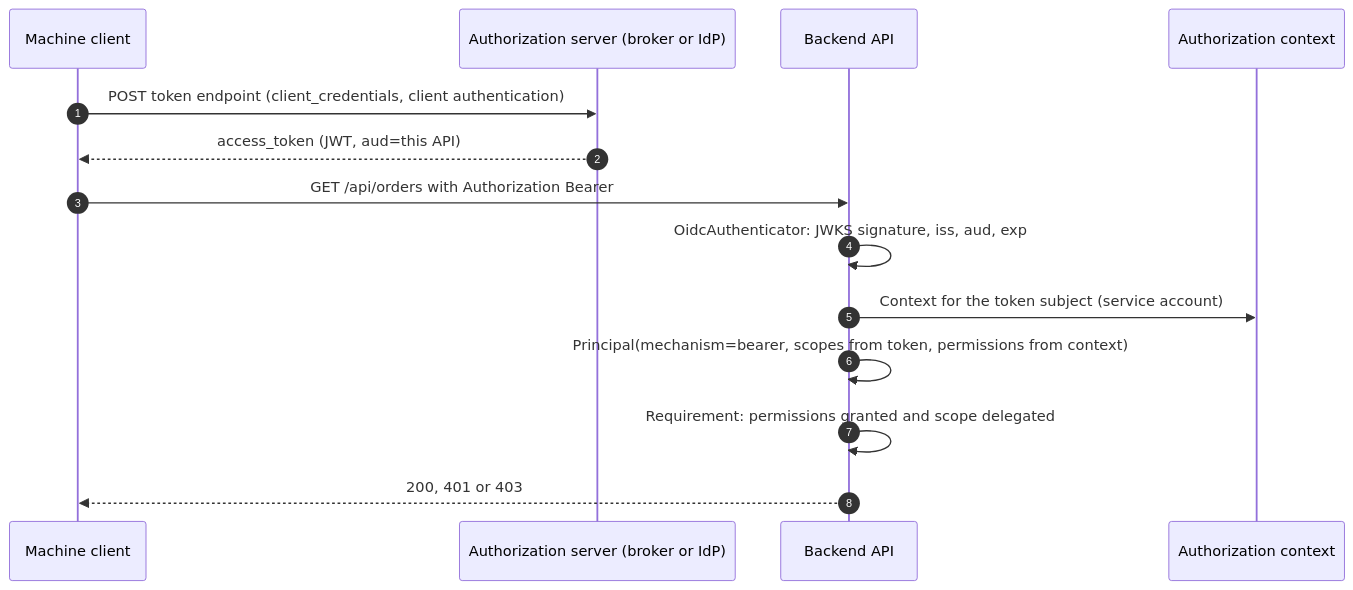
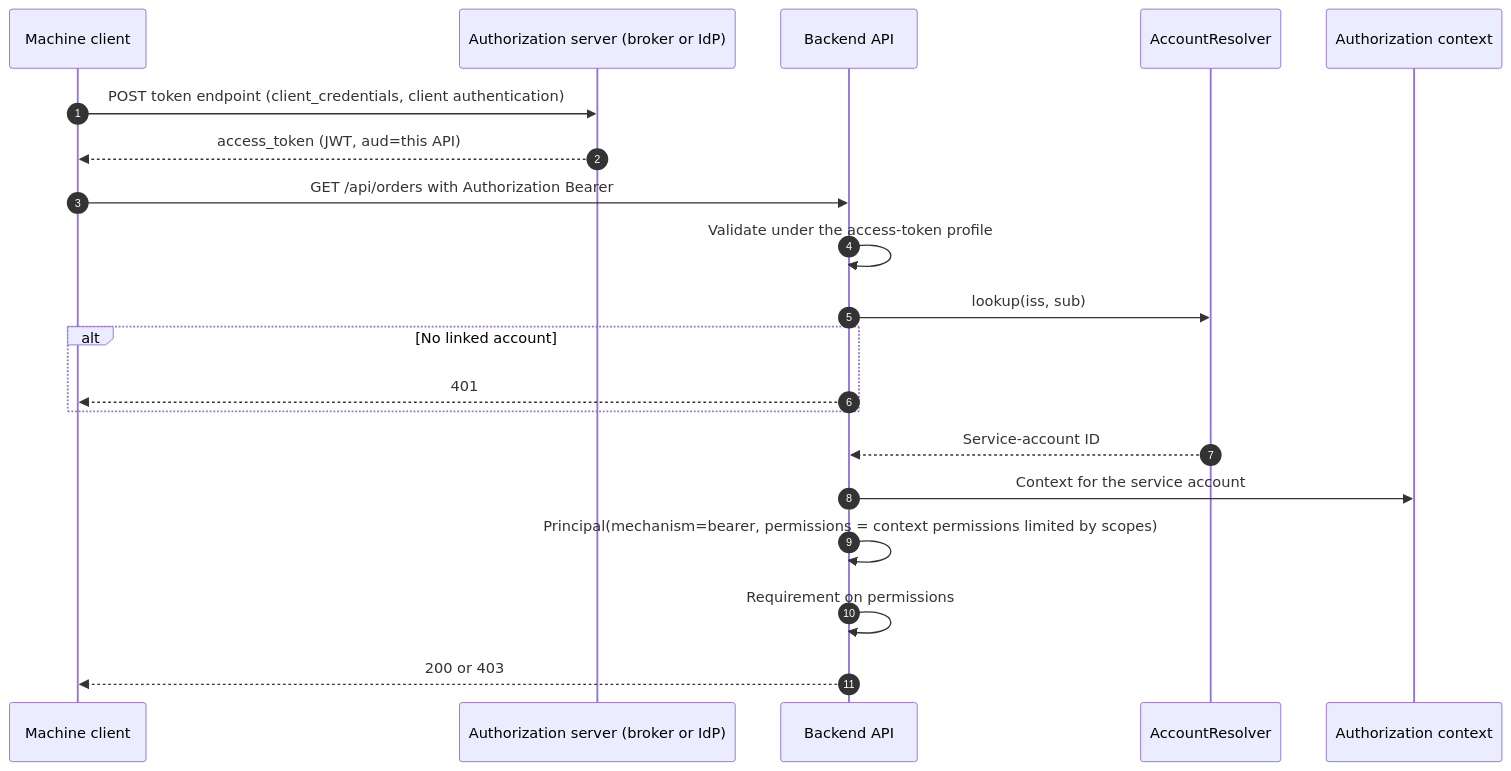
Before and after one commit to rn-forge/pykit: the tenth of 12 diagrams in docs/specs/epics/E13-auth/design.md, drawn with Mermaid. The commit also changed other lines of this file and 9 other files, not shown here.

````diff
--- a/docs/specs/epics/E13-auth/design.md
+++ b/docs/specs/epics/E13-auth/design.md
@@ -602,16 +683,22 @@
 ```mermaid
 sequenceDiagram
   autonumber
   participant M as Machine client
   participant AS as Authorization server (broker or IdP)
   participant API as Backend API
+  participant AR as AccountResolver
   participant AZ as Authorization context
   M->>AS: POST token endpoint (client_credentials, client authentication)
   AS-->>M: access_token (JWT, aud=this API)
   M->>API: GET /api/orders with Authorization Bearer
-  API->>API: OidcAuthenticator: JWKS signature, iss, aud, exp
-  API->>AZ: Context for the token subject (service account)
-  API->>API: Principal(mechanism=bearer, scopes from token, permissions from context)
-  API->>API: Requirement: permissions granted and scope delegated
-  API-->>M: 200, 401 or 403
+  API->>API: Validate under the access-token profile
+  API->>AR: lookup(iss, sub)
+  alt No linked account
+    API-->>M: 401
+  end
+  AR-->>API: Service-account ID
+  API->>AZ: Context for the service account
+  API->>API: Principal(mechanism=bearer, permissions = context permissions limited by scopes)
+  API->>API: Requirement on permissions
+  API-->>M: 200 or 403
 ```
````
